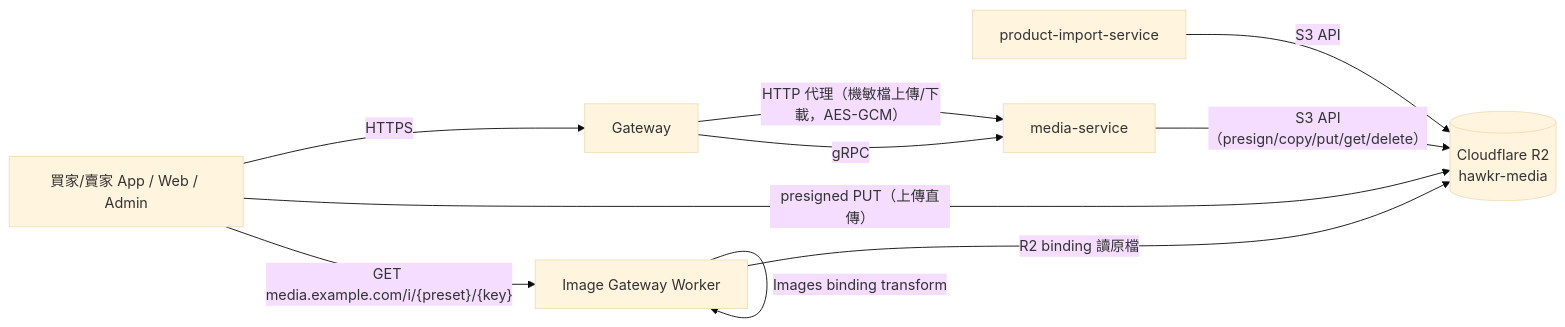
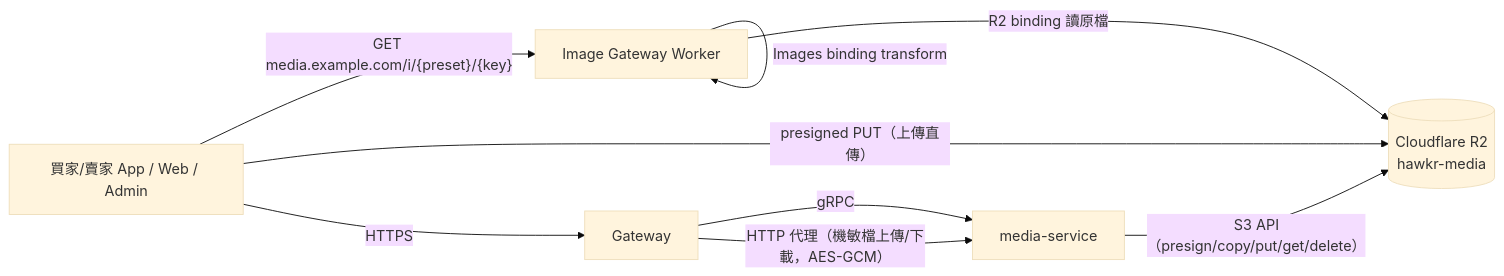
Before and after one commit to Will413028/hawkr: the first of 3 diagrams in backend/docs/詳細設計書/49-多媒體儲存與圖片服務（Cloudflare R2 & Image Gateway）詳細設計書.md, drawn with Mermaid (base theme). The commit also changed other lines of this file and 37 other files, not shown here.

First line of the commit message:
docs: remove product import design doc and update references

````diff
--- a/backend/docs/詳細設計書/49-多媒體儲存與圖片服務（Cloudflare R2 & Image Gateway）詳細設計書.md
+++ b/backend/docs/詳細設計書/49-多媒體儲存與圖片服務（Cloudflare R2 & Image Gateway）詳細設計書.md
@@ -51,12 +50,11 @@
 ```mermaid
 flowchart LR
   Client["買家/賣家 App / Web / Admin"] -->|"GET media.example.com/i/{preset}/{key}"| W["Image Gateway Worker"]
   W -->|R2 binding 讀原檔| R2[(Cloudflare R2<br/>hawkr-media)]
   W -->|Images binding transform| W
   Client -->|"presigned PUT（上傳直傳）"| R2
   Client -->|HTTPS| GW[Gateway]
   GW -->|gRPC| MEDIA[media-service]
   MEDIA -->|"S3 API（presign/copy/put/get/delete）"| R2
-  PIS[product-import-service] -->|S3 API| R2
   GW -->|"HTTP 代理（機敏檔上傳/下載，AES-GCM）"| MEDIA
 ```
````
